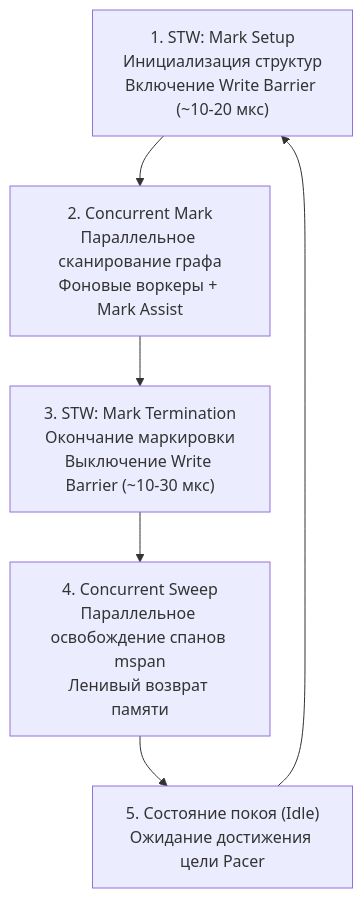
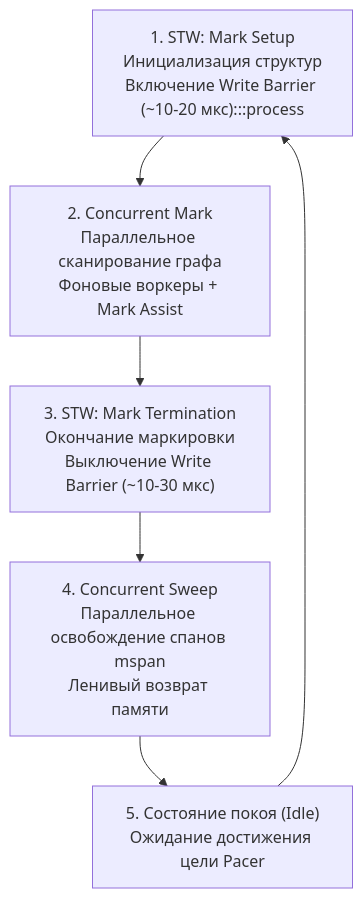
One commit to UnrealTemplier/go-textbook changed the diagram in sources/16. Профилирование, отладка и производительность/05. Garbage Collector/1. GC в Go. Обзор.md. Above: the diagram before and after it, drawn with Mermaid. The commit also changed 1666 other files, not shown here.

First line of the commit message:
feat(mermaid): add semantic color classDef to 1369 colorless flowchart/graph diagrams

````diff
--- a/sources/16. Профилирование, отладка и производительность/05. Garbage Collector/1. GC в Go. Обзор.md
+++ b/sources/16. Профилирование, отладка и производительность/05. Garbage Collector/1. GC в Go. Обзор.md
@@ -50,8 +50,18 @@
 ```mermaid
 flowchart TD
-    STW1["1. STW: Mark Setup<br>Инициализация структур<br>Включение Write Barrier (~10-20 мкс)"] --> MarkStart["2. Concurrent Mark<br>Параллельное сканирование графа<br>Фоновые воркеры + Mark Assist"]
+    classDef process  fill:#1e293b,stroke:#38bdf8,stroke-width:1px,color:#f8fafc
+    classDef success  fill:#064e3b,stroke:#34d399,stroke-width:1px,color:#f8fafc
+    classDef error    fill:#7f1d1d,stroke:#f87171,stroke-width:1px,color:#f8fafc
+    classDef warning  fill:#78350f,stroke:#fbbf24,stroke-width:1px,color:#f8fafc
+    classDef entry    fill:#1e3a5f,stroke:#38bdf8,stroke-width:2px,color:#f8fafc
+    classDef aux      fill:#334155,stroke:#64748b,stroke-width:1px,color:#f8fafc
+    classDef system   fill:#312e81,stroke:#a78bfa,stroke-width:1px,color:#f8fafc
+    classDef data     fill:#132d29,stroke:#2dd4bf,stroke-width:1px,color:#f8fafc
+    classDef network  fill:#881337,stroke:#fb7185,stroke-width:1px,color:#f8fafc
+    classDef accent   fill:#1e1b4b,stroke:#818cf8,stroke-width:1px,color:#f8fafc
+    STW1["1. STW: Mark Setup<br>Инициализация структур<br>Включение Write Barrier (~10-20 мкс):::process"] --> MarkStart["2. Concurrent Mark<br>Параллельное сканирование графа<br>Фоновые воркеры + Mark Assist"]
     MarkStart --> MarkTerm["3. STW: Mark Termination<br>Окончание маркировки<br>Выключение Write Barrier (~10-30 мкс)"]
     MarkTerm --> Sweep["4. Concurrent Sweep<br>Параллельное освобождение спанов mspan<br>Ленивый возврат памяти"]
     Sweep --> Idle["5. Состояние покоя (Idle)<br>Ожидание достижения цели Pacer"]
     Idle --> STW1
 ```
````
